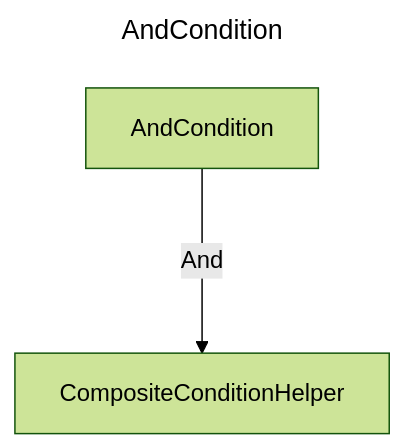
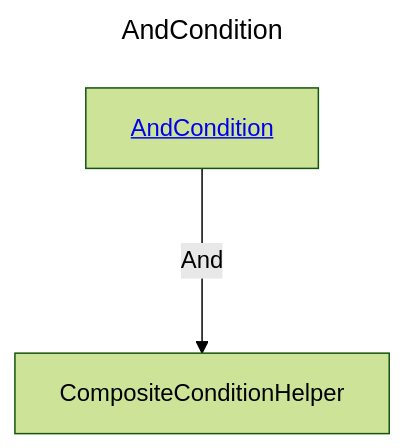
The diagram in docs/docs/layout/erd/AndCondition.md (douglassimonsen/pbi_core), drawn with Mermaid (forest theme) before and after one commit. The commit also changed 76 other files, not shown here.

````diff
--- a/docs/docs/layout/erd/AndCondition.md
+++ b/docs/docs/layout/erd/AndCondition.md
@@ -1,9 +1,9 @@
 ```mermaid
 ---
 title: AndCondition
 ---
 graph 
-2430071871440["CompositeConditionHelper"]
-2430071876320["AndCondition"]
-2430071876320 --->|And| 2430071871440
+AndCondition[<a href='/layout/erd/AndCondition'>AndCondition</a>]
+CompositeConditionHelper[CompositeConditionHelper]
+AndCondition --->|And| CompositeConditionHelper
 ```
````
